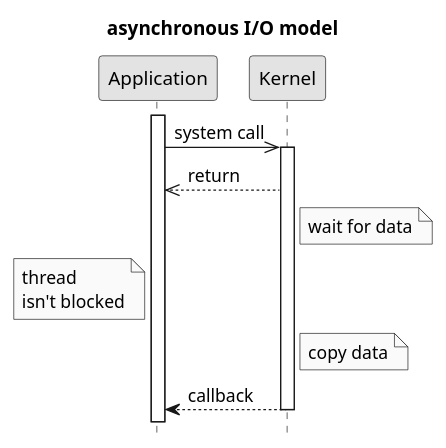
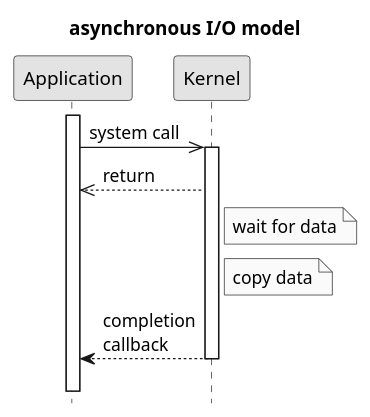
The diagram in .images/asynchronous IO model.puml (c0p4c4b4n4/demo-sockets-io-nio-nio2), drawn with PlantUML before and after one commit. The commit also changed 3 other files, not shown here.

```diff
--- a/.images/asynchronous IO model.puml
+++ b/.images/asynchronous IO model.puml
@@ -1,15 +1,15 @@
 @startuml
 title asynchronous I/O model
 hide footbox
 skinparam monochrome true
 skinparam shadowing false
 activate Application
 Application->>Kernel: system call
 activate Kernel
 Kernel-->>Application: return
 Note right of Kernel: wait for data
-Note left of Application: thread\nisn't blocked
 Note right of Kernel: copy data
-Kernel-->Application: callback
+Kernel-->Application: completion\ncallback
 deactivate Kernel
+||15||
 @enduml
```
